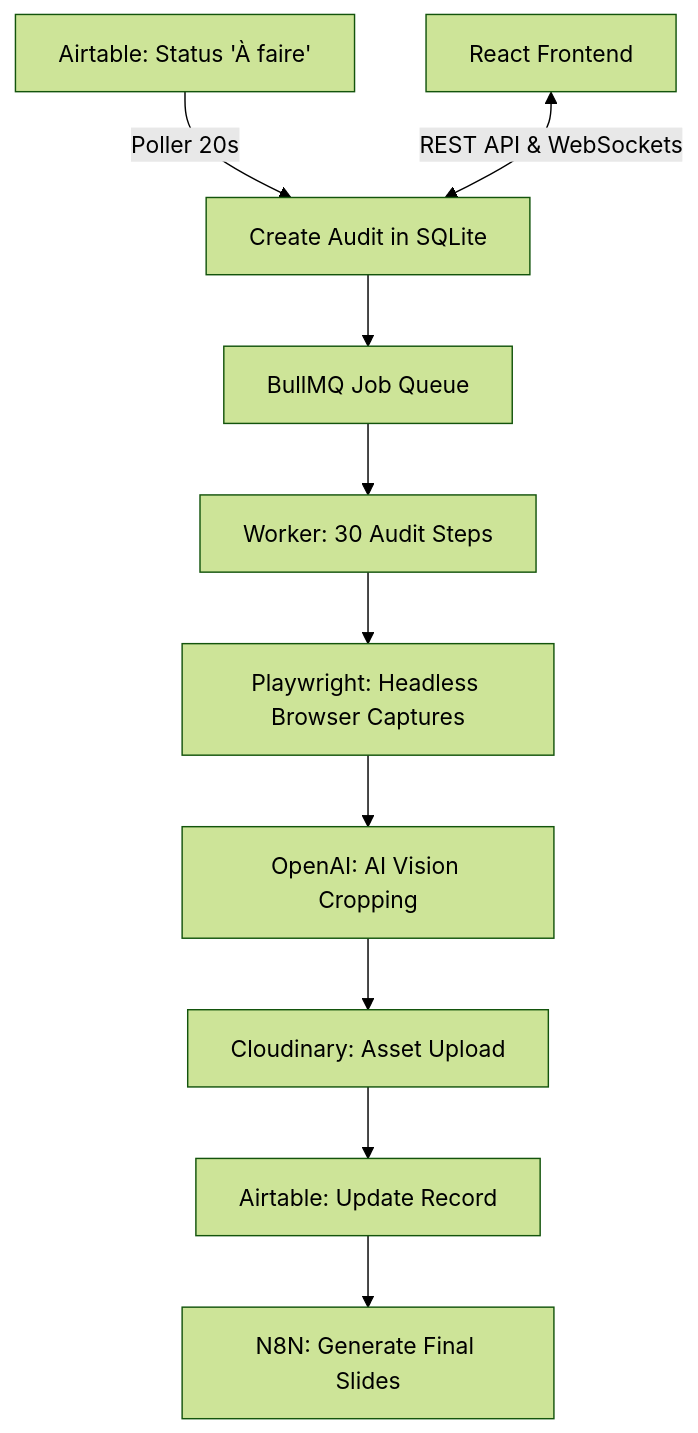
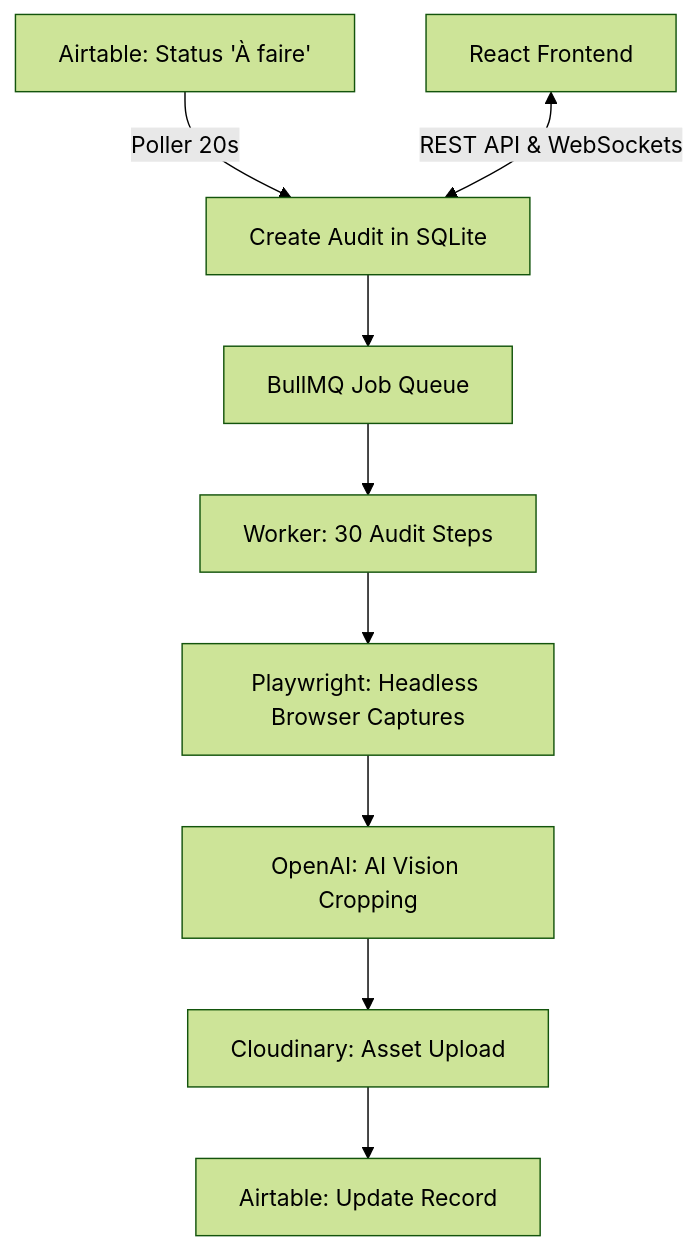
The diagram in README.md (Flowcraft-chel/Automatisation-capture-pour-Audit-SEO), drawn with Mermaid (forest theme) before and after one commit. The commit also changed other lines of this file, not shown here.

````diff
--- a/README.md
+++ b/README.md
@@ -23,13 +23,12 @@
 ```mermaid
 graph TD
     A[Airtable: Status 'À faire'] -->|Poller 20s| B[Create Audit in SQLite]
     B --> C[BullMQ Job Queue]
     C --> D[Worker: 30 Audit Steps]
     D --> E[Playwright: Headless Browser Captures]
     E --> F[OpenAI: AI Vision Cropping]
     F --> G[Cloudinary: Asset Upload]
     G --> H[Airtable: Update Record]
-    H --> I[N8N: Generate Final Slides]
     
     J[React Frontend] <-->|REST API & WebSockets| B
 ```
````
